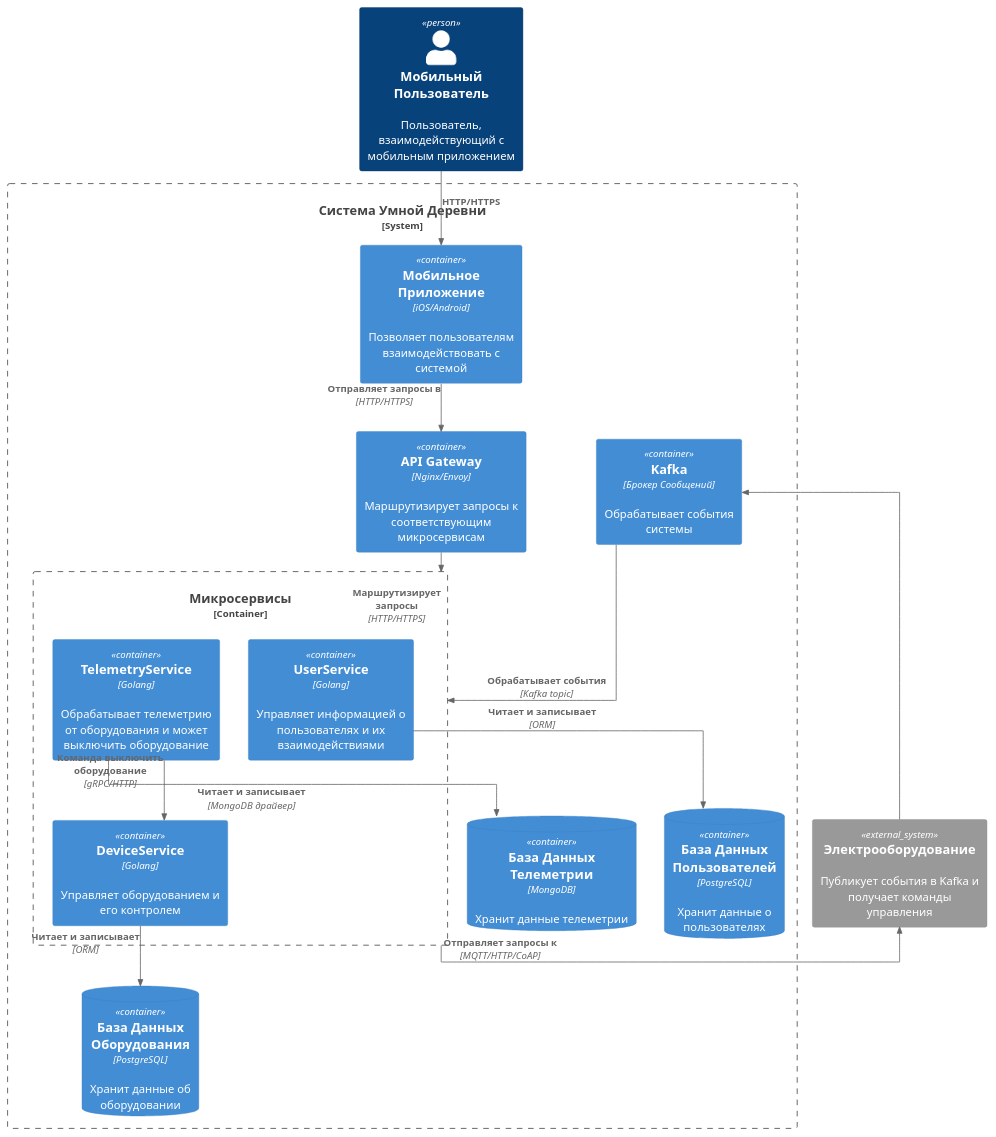
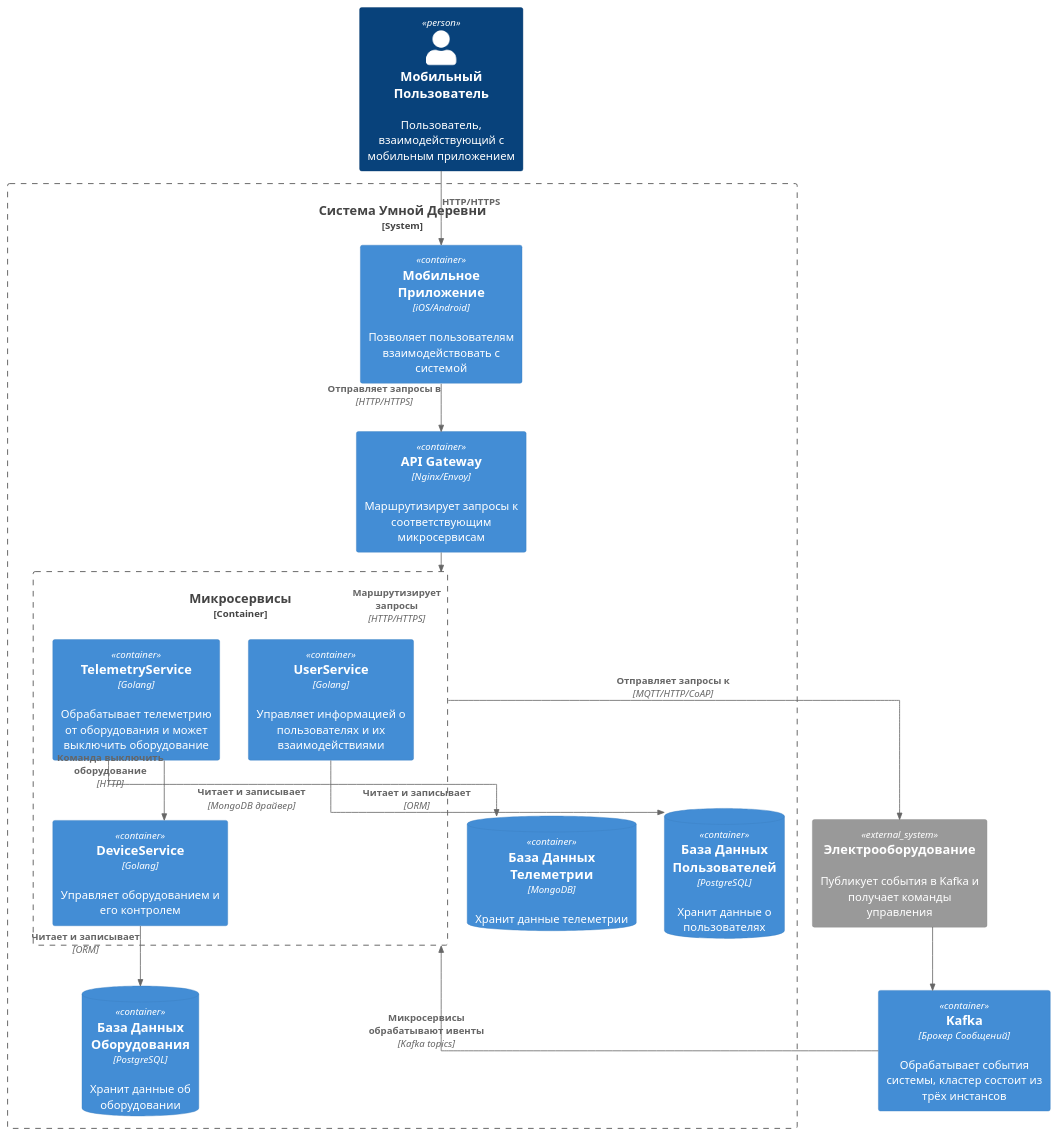
Before and after one commit to baydinvladislav/architecture-sprint-3: the diagram in smart-home-monolith/diagrams/container/Container_CleverVillageSystem.puml, drawn with PlantUML. The commit also changed 1 other file, not shown here.

Commit message:
add cluster kafka instead standalone instance

```diff
--- a/smart-home-monolith/diagrams/container/Container_CleverVillageSystem.puml
+++ b/smart-home-monolith/diagrams/container/Container_CleverVillageSystem.puml
@@ -1,41 +1,40 @@
 @startuml
 !include <C4/C4_Container>
 
 skinparam linetype ortho
 
 Person(mobile_user, "Мобильный Пользователь", "Пользователь, взаимодействующий с мобильным приложением")
 
 System_Boundary(b_system, "Система Умной Деревни") {
     Container(mobile_app, "Мобильное Приложение", "iOS/Android", "Позволяет пользователям взаимодействовать с системой")
     Container(api_gateway, "API Gateway", "Nginx/Envoy", "Маршрутизирует запросы к соответствующим микросервисам")
 
     Container_Boundary(services, "Микросервисы") {
         Container(user_service, "UserService", "Golang", "Управляет информацией о пользователях и их взаимодействиями")
         Container(device_service, "DeviceService", "Golang", "Управляет оборудованием и его контролем")
         Container(telemetry_service, "TelemetryService", "Golang", "Обрабатывает телеметрию от оборудования и может выключить оборудование")
     }
 
     ContainerDb(user_db, "База Данных Пользователей", "PostgreSQL", "Хранит данные о пользователях")
     ContainerDb(equipment_db, "База Данных Оборудования", "PostgreSQL", "Хранит данные об оборудовании")
     ContainerDb(telemetry_db, "База Данных Телеметрии", "MongoDB", "Хранит данные телеметрии")
-
-    Container(kafka, "Kafka", "Брокер Сообщений", "Обрабатывает события системы")
 }
 
+Container(kafka, "Kafka", "Брокер Сообщений", "Обрабатывает события системы, кластер состоит из трёх инстансов")
 System_Ext(external_system, "Электрооборудование", "Публикует события в Kafka и получает команды управления")
 
 Rel(mobile_user, mobile_app, "HTTP/HTTPS")
 Rel(mobile_app, api_gateway, "Отправляет запросы в", "HTTP/HTTPS")
 Rel_D(api_gateway, services, "Маршрутизирует запросы", "HTTP/HTTPS")
 
 Rel(user_service, user_db, "Читает и записывает", "ORM")
 Rel(device_service, equipment_db, "Читает и записывает", "ORM")
 Rel(telemetry_service, telemetry_db, "Читает и записывает", "MongoDB драйвер")
 
 Rel(external_system, kafka, " ")
-Rel(kafka, services, "Обрабатывает события", "Kafka topic")
+Rel(kafka, services, "Микросервисы обрабатывают ивенты", "Kafka topics")
 
 Rel(services, external_system, "Отправляет запросы к", "MQTT/HTTP/CoAP")
 
-Rel(telemetry_service, device_service, "Команда выключить оборудование", "gRPC/HTTP")
+Rel(telemetry_service, device_service, "Команда выключить оборудование", "HTTP")
 @enduml
```
